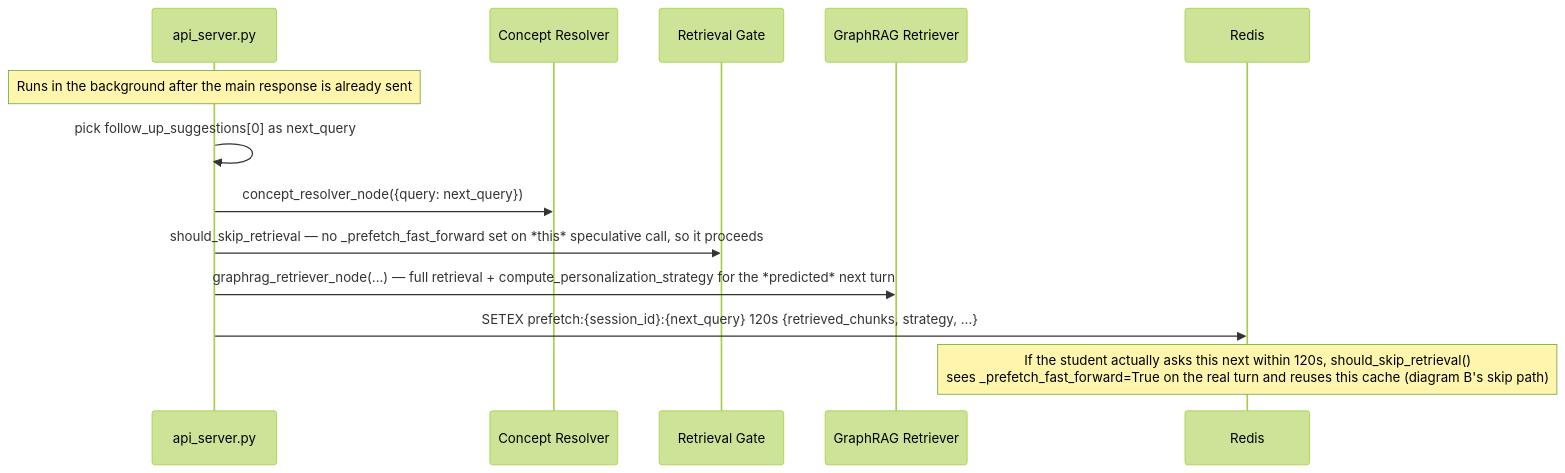
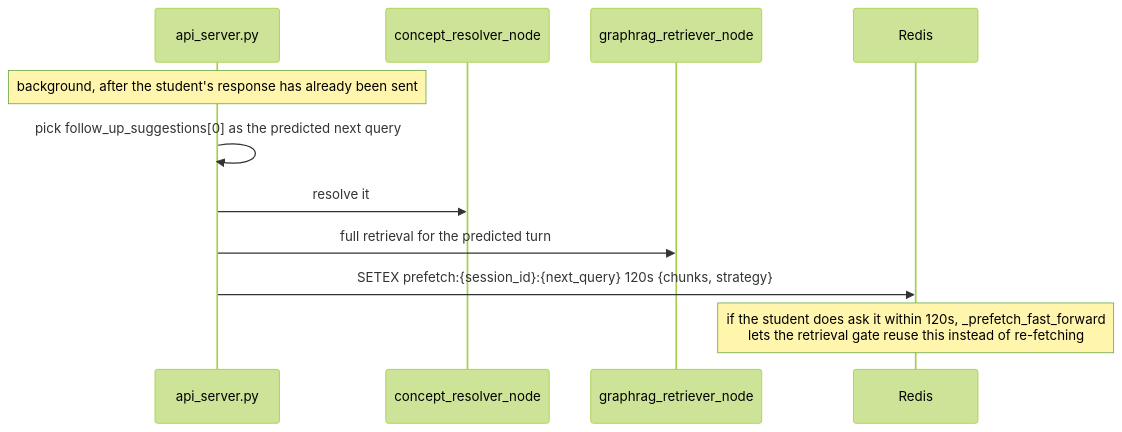
Before and after one commit to KodeinKGP-Technology-Web-3-0-Society/Aeropt-Agent: the ninth of 9 diagrams in README.md, drawn with Mermaid (forest theme). The commit also changed other lines of this file, not shown here.

First line of the commit message:
docs(agent): rewrite the README for the agent architecture

````diff
--- a/README.md
+++ b/README.md
@@ -585,16 +734,14 @@
 ```mermaid
 sequenceDiagram
     participant API as api_server.py
-    participant CR as Concept Resolver
-    participant Gate as Retrieval Gate
-    participant GR as GraphRAG Retriever
+    participant CR as concept_resolver_node
+    participant GR as graphrag_retriever_node
     participant Redis
 
-    Note over API: Runs in the background after the main response is already sent
-    API->>API: pick follow_up_suggestions[0] as next_query
-    API->>CR: concept_resolver_node({query: next_query})
-    API->>Gate: should_skip_retrieval — no _prefetch_fast_forward set on *this* speculative call, so it proceeds
-    API->>GR: graphrag_retriever_node(...) — full retrieval + compute_personalization_strategy for the *predicted* next turn
-    API->>Redis: SETEX prefetch:{session_id}:{next_query} 120s {retrieved_chunks, strategy, ...}
-    Note over Redis: If the student actually asks this next within 120s, should_skip_retrieval()<br/>sees _prefetch_fast_forward=True on the real turn and reuses this cache (diagram B's skip path)
+    Note over API: background, after the student's response has already been sent
+    API->>API: pick follow_up_suggestions[0] as the predicted next query
+    API->>CR: resolve it
+    API->>GR: full retrieval for the predicted turn
+    API->>Redis: SETEX prefetch:{session_id}:{next_query} 120s {chunks, strategy}
+    Note over Redis: if the student does ask it within 120s, _prefetch_fast_forward<br/>lets the retrieval gate reuse this instead of re-fetching
 ```
````
